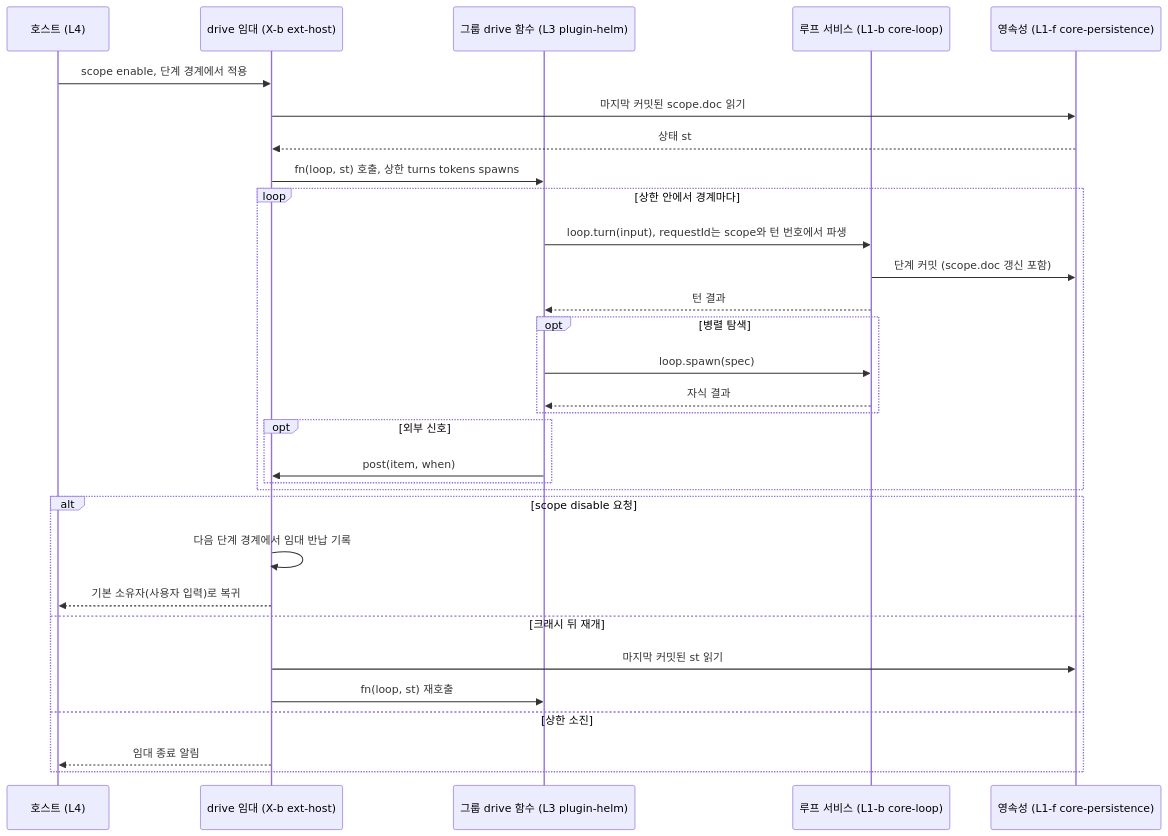
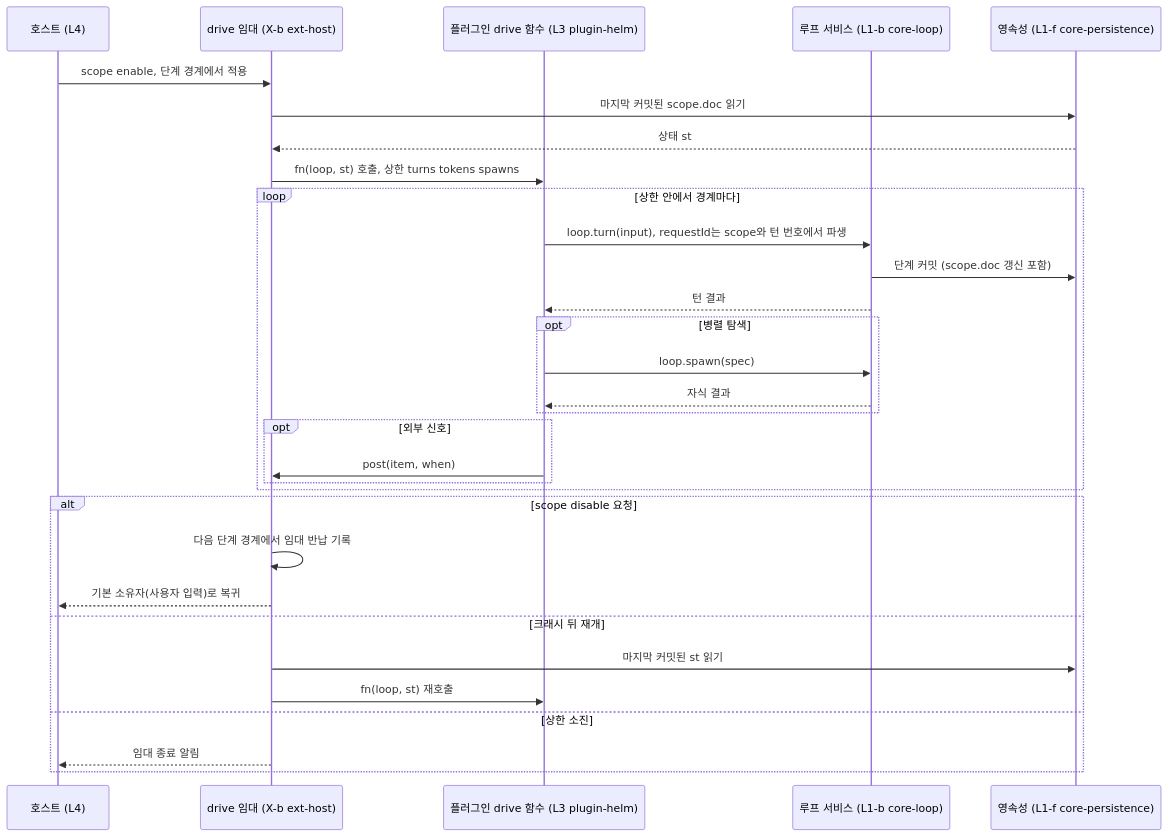
Before and after one commit to Rengod95/Helm-Agent_Docs_OS: the second of 3 diagrams in docs/xeon/architecture/runtime-flow/design.md, drawn with Mermaid. The commit also changed other lines of this file and 91 other files, not shown here.

First line of the commit message:
fresnel(docs): 스펙·계획의 현재형 "그룹"을 "플러그인"과 "Drive 플러그인"으로 고친다 (AGE-33)

````diff
--- a/docs/xeon/architecture/runtime-flow/design.md
+++ b/docs/xeon/architecture/runtime-flow/design.md
@@ -149,34 +149,34 @@
 ```mermaid
 sequenceDiagram
   participant HOST as 호스트 (L4)
   participant LEASE as drive 임대 (X-b ext-host)
-  participant GRP as 그룹 drive 함수 (L3 plugin-helm)
+  participant GRP as 플러그인 drive 함수 (L3 plugin-helm)
   participant LP as 루프 서비스 (L1-b core-loop)
   participant PERS as 영속성 (L1-f core-persistence)
 
   HOST->>LEASE: scope enable, 단계 경계에서 적용
   LEASE->>PERS: 마지막 커밋된 scope.doc 읽기
   PERS-->>LEASE: 상태 st
   LEASE->>GRP: fn(loop, st) 호출, 상한 turns tokens spawns
   loop 상한 안에서 경계마다
     GRP->>LP: loop.turn(input), requestId는 scope와 턴 번호에서 파생
     LP->>PERS: 단계 커밋 (scope.doc 갱신 포함)
     LP-->>GRP: 턴 결과
     opt 병렬 탐색
       GRP->>LP: loop.spawn(spec)
       LP-->>GRP: 자식 결과
     end
     opt 외부 신호
       GRP->>LEASE: post(item, when)
     end
   end
   alt scope disable 요청
     LEASE->>LEASE: 다음 단계 경계에서 임대 반납 기록
     LEASE-->>HOST: 기본 소유자(사용자 입력)로 복귀
   else 크래시 뒤 재개
     LEASE->>PERS: 마지막 커밋된 st 읽기
     LEASE->>GRP: fn(loop, st) 재호출
   else 상한 소진
     LEASE-->>HOST: 임대 종료 알림
   end
 ```
````
